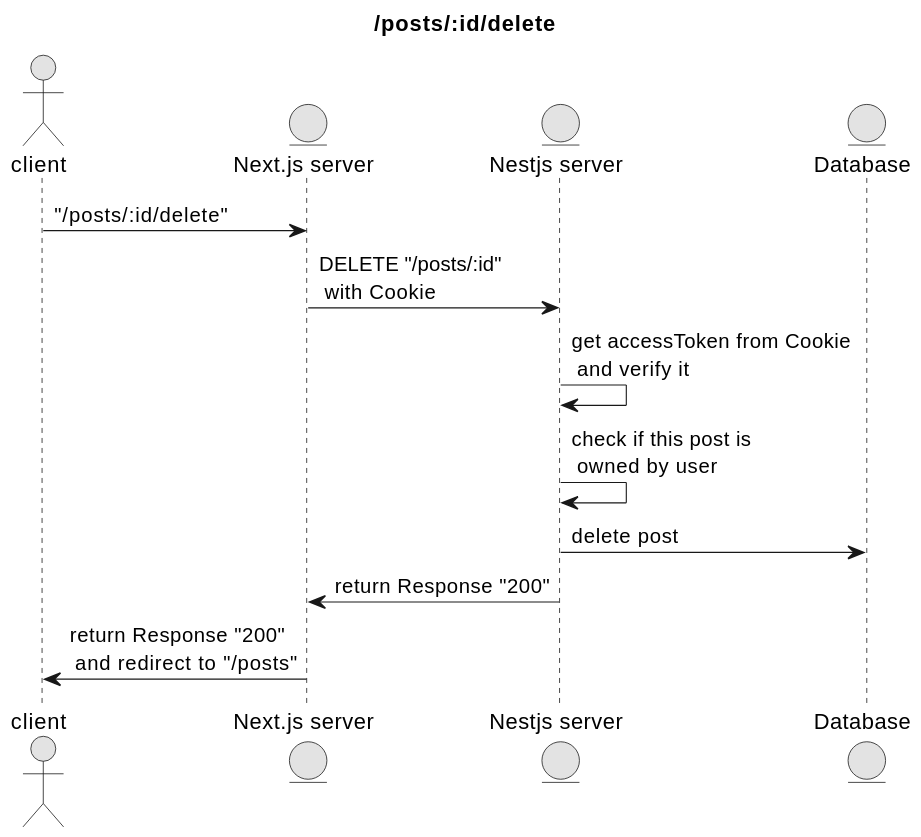
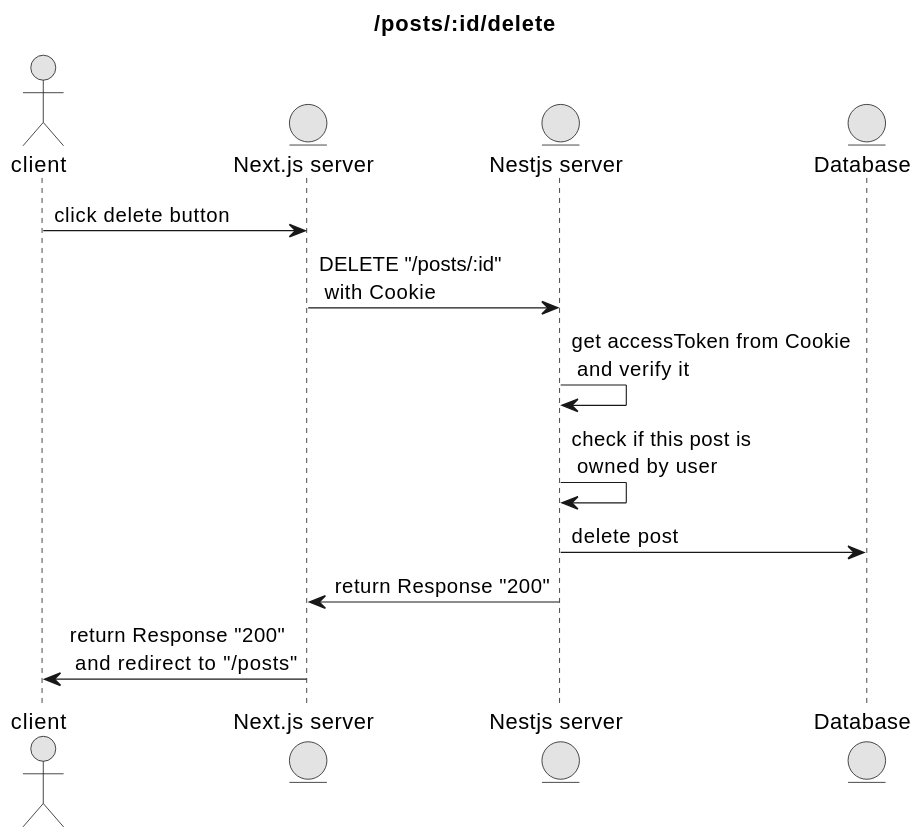
The diagram in public/diagram/sequence/posts/delete.adoc (tomo324/idea-app-front), drawn with PlantUML before and after one commit. The commit also changed 6 other files, not shown here.

```diff
--- a/public/diagram/sequence/posts/delete.adoc
+++ b/public/diagram/sequence/posts/delete.adoc
@@ -1,21 +1,21 @@
 [plantuml,alice-bob,svg,role=sequence]
 ....
 title /posts/:id/delete
 skinparam monochrome true
 skinparam ranksep 20
 skinparam dpi 150
 skinparam arrowThickness 0.7
 
 actor client
 entity "Next.js server" as next
 entity "Nestjs server" as nest
 entity "Database" as db
 
-client->next:  "/posts/:id/delete"
+client->next:  click delete button
 next->nest: DELETE "/posts/:id" \n with Cookie
 nest->nest: get accessToken from Cookie \n and verify it
 nest->nest: check if this post is \n owned by user
 nest->db: delete post
 nest->next: return Response "200"
 next->client: return Response "200" \n and redirect to "/posts"
 ....
```
